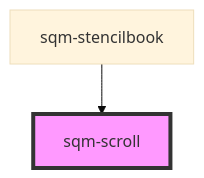
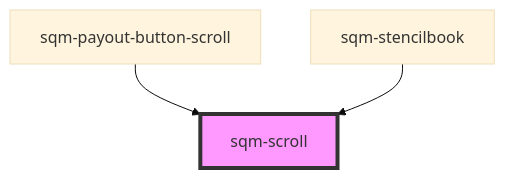
One commit to saasquatch/program-tools changed the diagram in packages/mint-components/src/components/sqm-scroll/readme.md. Above: the diagram before and after it, drawn with Mermaid (base theme). The commit also changed other lines of this file and 15 other files, not shown here.

````diff
--- a/packages/mint-components/src/components/sqm-scroll/readme.md
+++ b/packages/mint-components/src/components/sqm-scroll/readme.md
@@ -31,5 +32,6 @@
 ```mermaid
 graph TD;
+  sqm-payout-button-scroll --> sqm-scroll
   sqm-stencilbook --> sqm-scroll
   style sqm-scroll fill:#f9f,stroke:#333,stroke-width:4px
 ```
````
